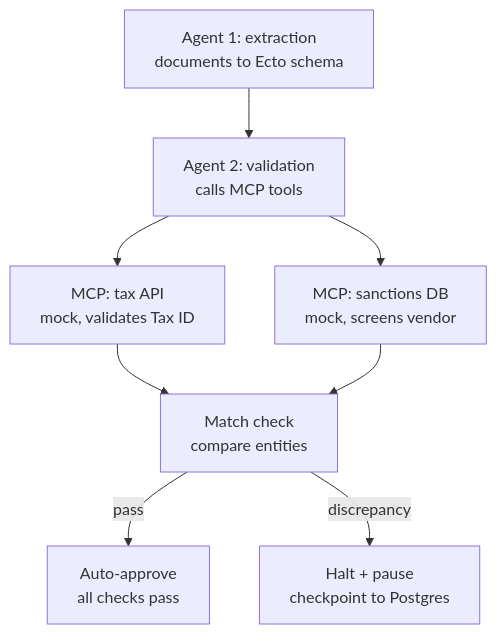
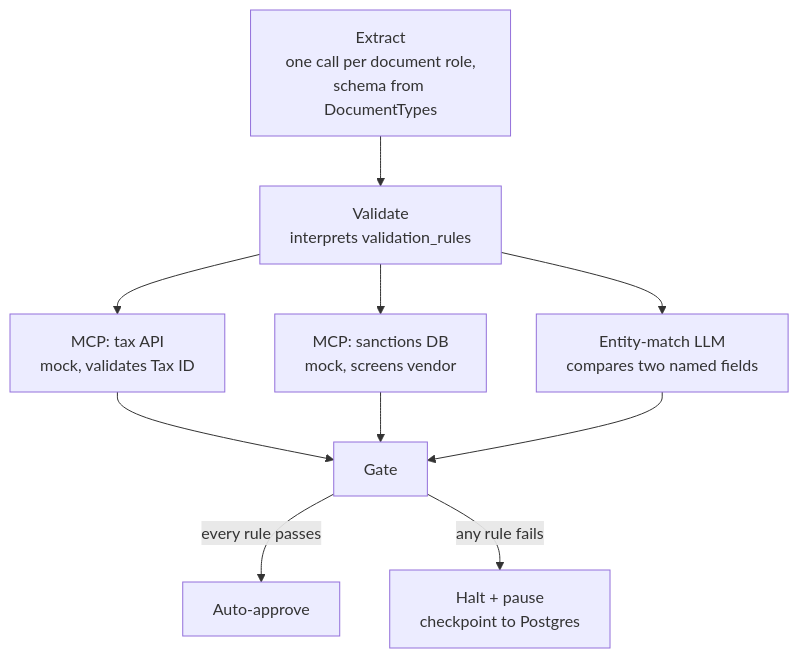
One commit to divijjain/vendor_onboarding changed the second of 3 diagrams in README.md. Above: the diagram before and after it, drawn with Mermaid. The commit also changed other lines of this file and 42 other files, not shown here.

First line of the commit message:
Refactor document extraction and processing logic

````diff
--- a/README.md
+++ b/README.md
@@ -32,10 +32,12 @@
 ```mermaid
 flowchart TD
-    A1[Agent 1: extraction<br/>documents to Ecto schema] --> A2[Agent 2: validation<br/>calls MCP tools]
+    A1[Extract<br/>one call per document role,<br/>schema from DocumentTypes] --> A2[Validate<br/>interprets validation_rules]
     A2 --> T1[MCP: tax API<br/>mock, validates Tax ID]
     A2 --> T2[MCP: sanctions DB<br/>mock, screens vendor]
-    T1 --> M[Match check<br/>compare entities]
-    T2 --> M
-    M -->|pass| APR[Auto-approve<br/>all checks pass]
-    M -->|discrepancy| INT[Halt + pause<br/>checkpoint to Postgres]
+    A2 --> EM[Entity-match LLM<br/>compares two named fields]
+    T1 --> G[Gate]
+    T2 --> G
+    EM --> G
+    G -->|every rule passes| APR[Auto-approve]
+    G -->|any rule fails| INT[Halt + pause<br/>checkpoint to Postgres]
 ```
````
